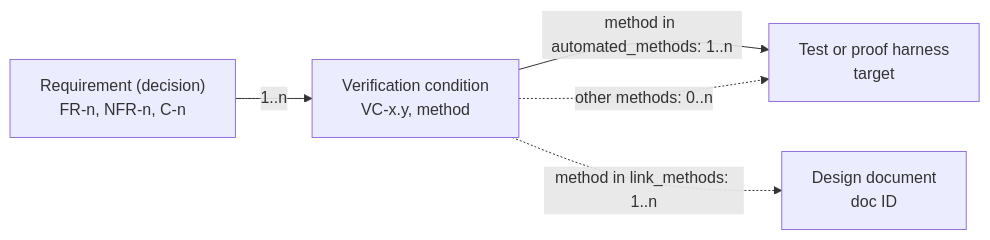
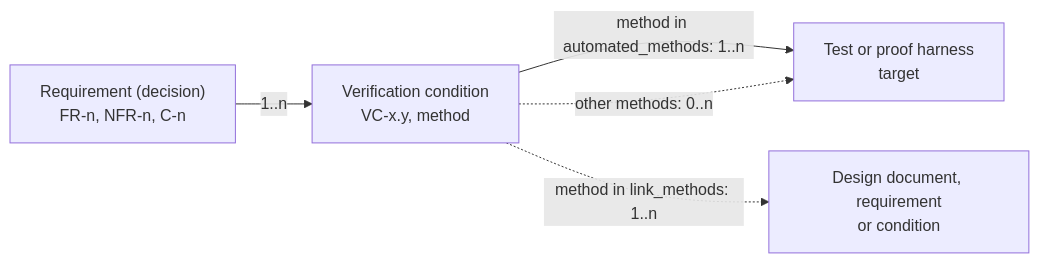
Before and after one commit to Dyse-Industries/control-rs: the second of 2 diagrams in documentation/vv/requirement-traceability-design.md, drawn with Mermaid. The commit also changed other lines of this file and 3 other files, not shown here.

Commit message:
update link to be design, req, condition

````diff
--- a/documentation/vv/requirement-traceability-design.md
+++ b/documentation/vv/requirement-traceability-design.md
@@ -278,7 +280,7 @@
 ```mermaid
 flowchart LR
     R["Requirement (decision)<br/>FR-n, NFR-n, C-n"] -->|" 1..n "| V["Verification condition<br/>VC-x.y, method"]
     V -->|" method in automated_methods: 1..n "| T["Test or proof harness<br/>target"]
     V -.->|" other methods: 0..n "| T
-    V -.->|" method in link_methods: 1..n "| D["Design document<br/>doc ID"]
+    V -.->|" method in link_methods: 1..n "| D["Design document, requirement<br/>or condition"]
 ```
````
